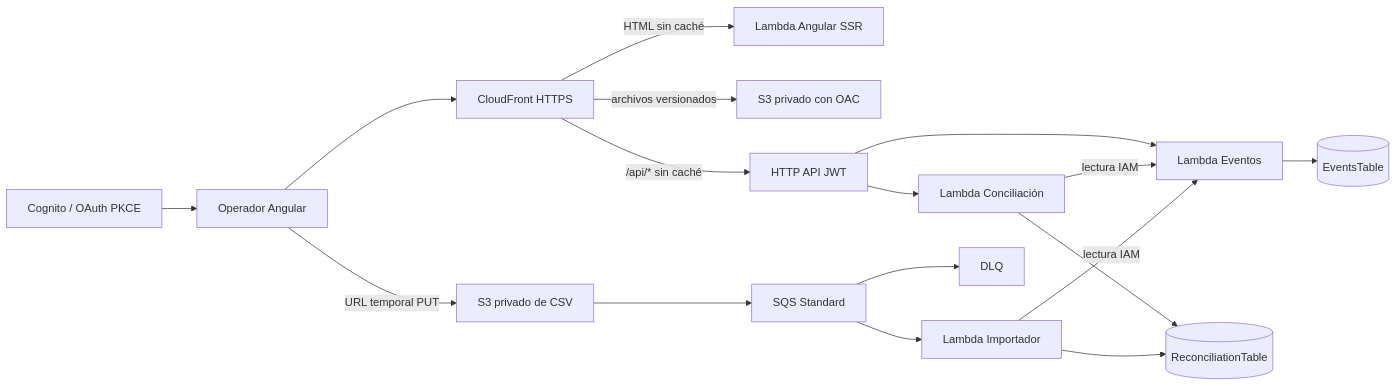
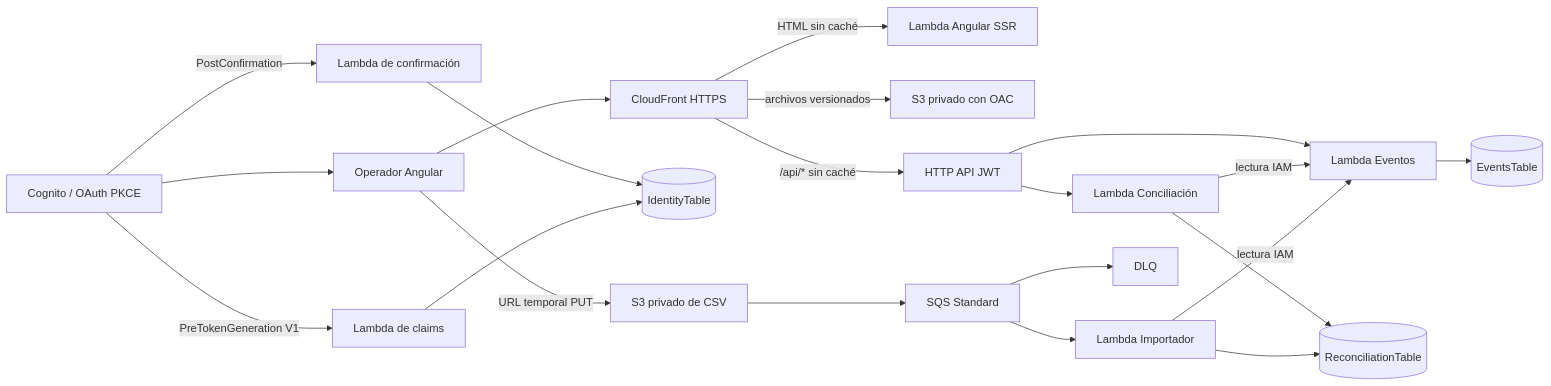
One commit to LynxPardelle/abonos-por-evento changed the diagram in docs/architecture/ARCHITECTURE.md. Above: the diagram before and after it, drawn with Mermaid. The commit also changed other lines of this file and 49 other files, not shown here.

````diff
--- a/docs/architecture/ARCHITECTURE.md
+++ b/docs/architecture/ARCHITECTURE.md
@@ -17,19 +18,23 @@
 ```mermaid
 flowchart LR
   Browser[Operador Angular] --> CDN[CloudFront HTTPS]
   CDN -->|HTML sin caché| SSR[Lambda Angular SSR]
   CDN -->|archivos versionados| Assets[S3 privado con OAC]
   CDN -->|/api/* sin caché| API[HTTP API JWT]
   Cognito[Cognito / OAuth PKCE] --> Browser
+  Cognito -->|PostConfirmation| Confirm[Lambda de confirmación]
+  Cognito -->|PreTokenGeneration V1| Token[Lambda de claims]
+  Confirm --> IdentityDB[(IdentityTable)]
+  Token --> IdentityDB
   API --> Events[Lambda Eventos]
   API --> Reconciliation[Lambda Conciliación]
   Events --> EventDB[(EventsTable)]
   Reconciliation --> LedgerDB[(ReconciliationTable)]
   Reconciliation -->|lectura IAM| Events
   Browser -->|URL temporal PUT| Uploads[S3 privado de CSV]
   Uploads --> Queue[SQS Standard]
   Queue --> Worker[Lambda Importador]
   Queue --> DLQ[DLQ]
   Worker --> LedgerDB
   Worker -->|lectura IAM| Events
 ```
````
